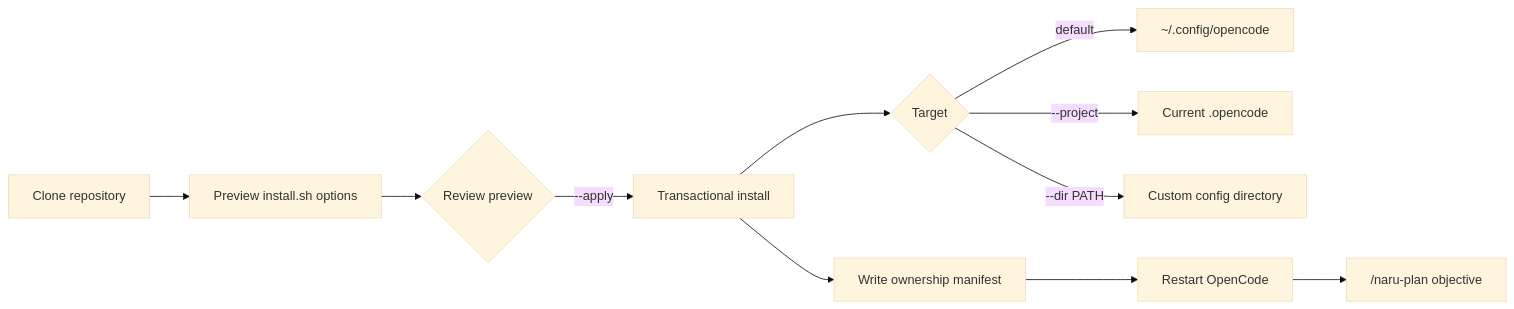
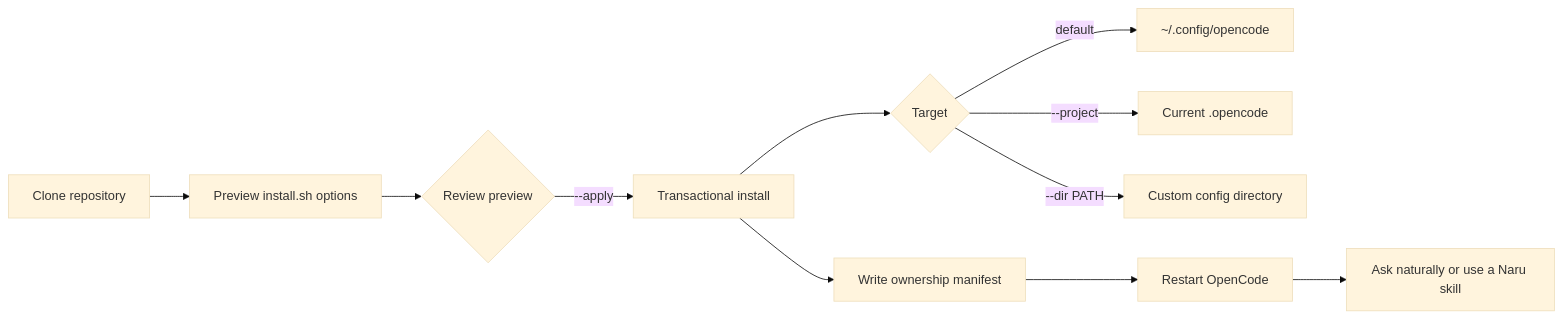
The diagram in docs/src/content/docs/getting-started/installation.md (sean35mm/naru-opencode), drawn with Mermaid (base theme) before and after one commit. The commit also changed other lines of this file and 82 other files, not shown here.

````diff
--- a/docs/src/content/docs/getting-started/installation.md
+++ b/docs/src/content/docs/getting-started/installation.md
@@ -8,13 +8,13 @@
 ```mermaid
 flowchart LR
   A[Clone repository] --> B[Preview install.sh options]
   B --> C{Review preview}
   C -->|--apply| D[Transactional install]
   D --> E{Target}
   E -->|default| F[~/.config/opencode]
   E -->|--project| G[Current .opencode]
   E -->|--dir PATH| H[Custom config directory]
   D --> I[Write ownership manifest]
   I --> J[Restart OpenCode]
-  J --> K["/naru-plan objective"]
+  J --> K["Ask naturally or use a Naru skill"]
 ```
````
